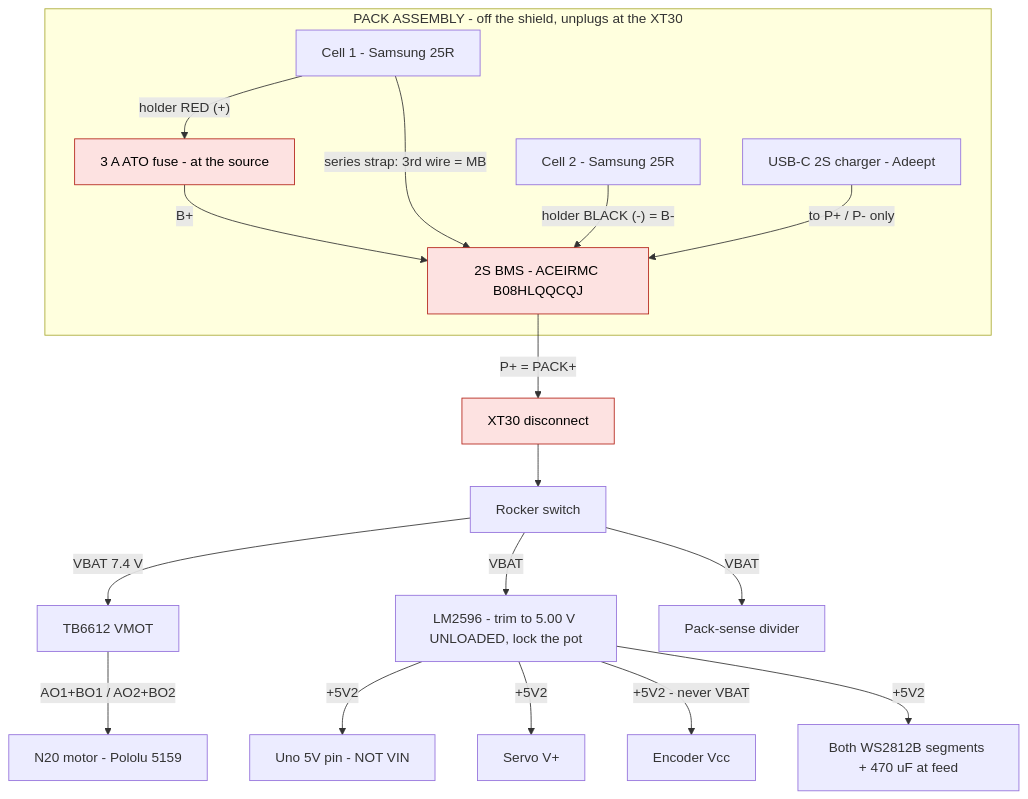
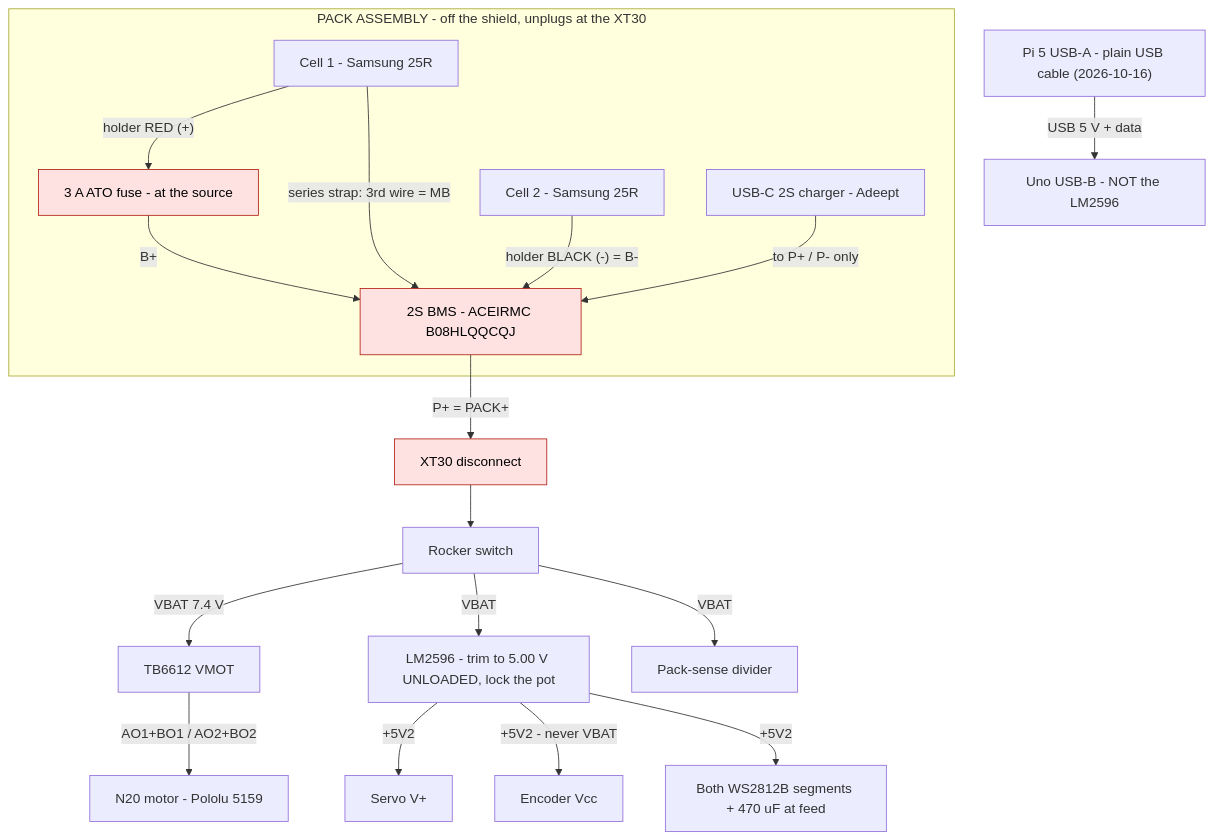
One commit to Evan-Daruwalla/vision-autonomous-car changed the first of 3 diagrams in docs/WIRING_PROTOSHIELD.md. Above: the diagram before and after it, drawn with Mermaid. The commit also changed other lines of this file and 4 other files, not shown here.

Commit message:
Uno powered by the Pi's USB (plain cable, no cut); +5V2 only for servo/strips/encoder; barrel-jack idea test (records JF, JG)

````diff
--- a/docs/WIRING_PROTOSHIELD.md
+++ b/docs/WIRING_PROTOSHIELD.md
@@ -78,26 +78,26 @@
 ```mermaid
 flowchart TB
   subgraph PACK["PACK ASSEMBLY - off the shield, unplugs at the XT30"]
     C1["Cell 1 - Samsung 25R"]
     C2["Cell 2 - Samsung 25R"]
     FUSE["3 A ATO fuse - at the source"]
     BMS["2S BMS - ACEIRMC B08HLQQCQJ"]
     CHG["USB-C 2S charger - Adeept"]
     C1 -- "holder RED (+)" --> FUSE -- "B+" --> BMS
     C1 -- "series strap: 3rd wire = MB" --> BMS
     C2 -- "holder BLACK (-) = B-" --> BMS
     CHG -- "to P+ / P- only" --> BMS
   end
   BMS -- "P+ = PACK+" --> XT30["XT30 disconnect"]
   XT30 --> SW["Rocker switch"]
   SW -- "VBAT 7.4 V" --> TB["TB6612 VMOT"]
   TB -- "AO1+BO1 / AO2+BO2" --> MOT["N20 motor - Pololu 5159"]
   SW -- "VBAT" --> BUCK["LM2596 - trim to 5.00 V UNLOADED, lock the pot"]
   SW -- "VBAT" --> DIV["Pack-sense divider"]
-  BUCK -- "+5V2" --> UNO["Uno 5V pin - NOT VIN"]
+  PI["Pi 5 USB-A - plain USB cable (2026-10-16)"] -- "USB 5 V + data" --> UNO["Uno USB-B - NOT the LM2596"]
   BUCK -- "+5V2" --> SERVO["Servo V+"]
   BUCK -- "+5V2 - never VBAT" --> ENC["Encoder Vcc"]
   BUCK -- "+5V2" --> STRIPS["Both WS2812B segments + 470 uF at feed"]
   classDef safety fill:#fde2e1,stroke:#b42318,color:#000
   class FUSE,BMS,XT30 safety
 ```
````
